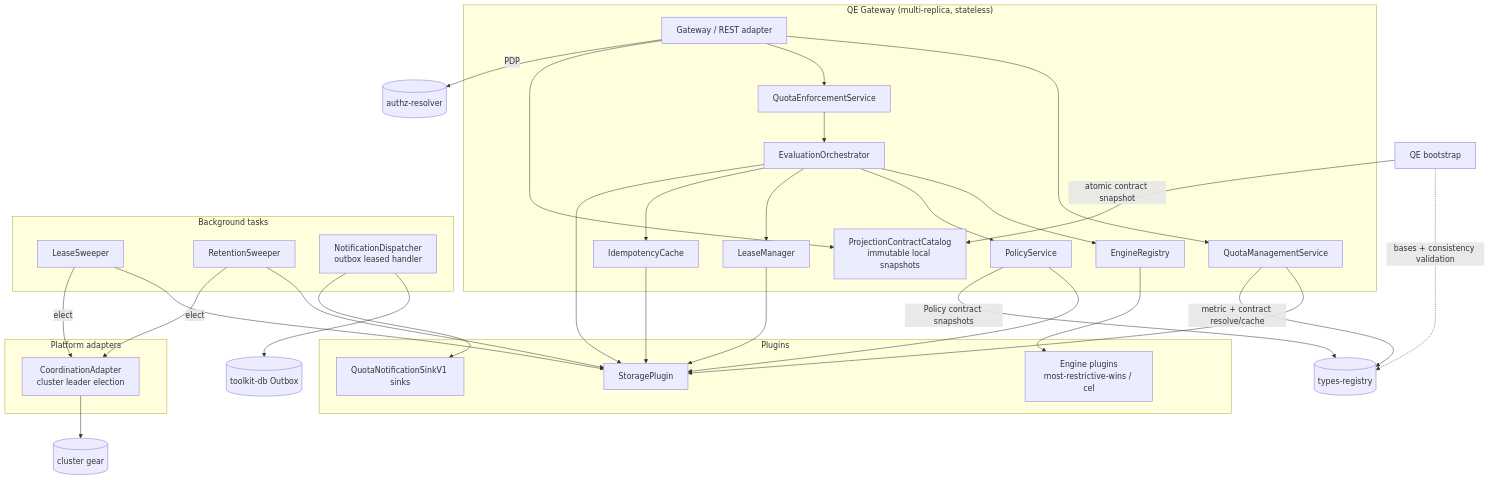
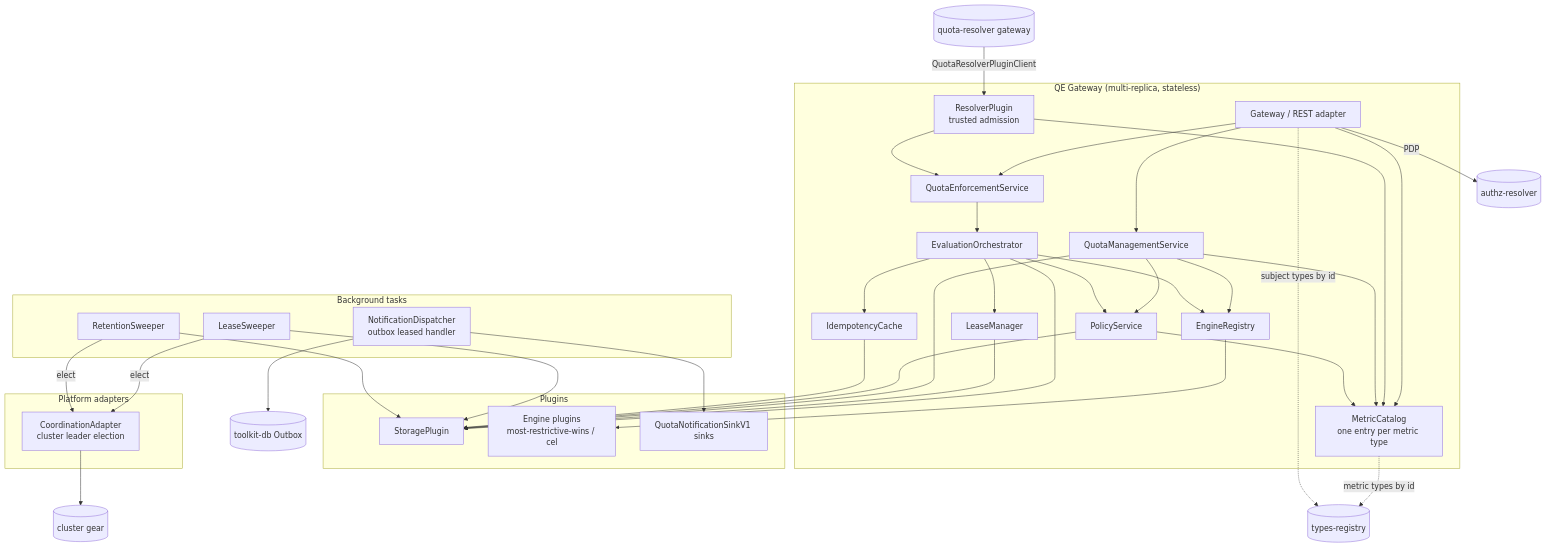
The third of 18 diagrams in gears/system/quota-enforcement/docs/DESIGN.md (constructorfabric/gears-rust), drawn with Mermaid before and after one commit. The commit also changed other lines of this file and 48 other files, not shown here.

````diff
--- a/gears/system/quota-enforcement/docs/DESIGN.md
+++ b/gears/system/quota-enforcement/docs/DESIGN.md
@@ -426,57 +473,63 @@
 ```mermaid
 graph TB
     subgraph "QE Gateway (multi-replica, stateless)"
         GW[Gateway / REST adapter]
         QMS[QuotaManagementService]
         QES[QuotaEnforcementService]
         EO[EvaluationOrchestrator]
         PS[PolicyService]
         ER[EngineRegistry]
         LM[LeaseManager]
         IC[IdempotencyCache]
-        PCC[ProjectionContractCatalog<br/>immutable local snapshots]
+        MC[MetricCatalog<br/>one entry per metric type]
+        RP[ResolverPlugin<br/>trusted admission]
         GW --> QMS
         GW --> QES
-        GW --> PCC
+        GW --> MC
+        RP --> QES
+        RP --> MC
+        QMS --> MC
+        QMS --> PS
+        QMS --> ER
+        PS --> MC
         QES --> EO
         EO --> ER
         EO --> PS
         EO --> LM
         EO --> IC
     end
 
     subgraph "Plugins"
         SP[StoragePlugin]
         Engines[Engine plugins<br/>most-restrictive-wins / cel]
         Notif[QuotaNotificationSinkV1 sinks]
     end
 
     subgraph "Platform adapters"
         CA[CoordinationAdapter<br/>cluster leader election]
     end
 
     subgraph "Background tasks"
         LS[LeaseSweeper]
         RS[RetentionSweeper]
         ND[NotificationDispatcher<br/>outbox leased handler]
     end
 
     EO --> SP
     LM --> SP
     QMS --> SP
     PS --> SP
     IC --> SP
     ER --> Engines
     LS --> SP
     RS --> SP
     ND --> Outbox2[(toolkit-db Outbox)]
     ND --> Notif
     LS -->|elect| CA
     RS -->|elect| CA
         GW -->|PDP| AuthzResolver[(authz-resolver)]
-    QMS -->|metric + contract resolve/cache| TR[(types-registry)]
-    PS -->|Policy contract snapshots| TR
-    GWBoot[QE bootstrap] -. bases + consistency validation .-> TR
-    GWBoot -->|atomic contract snapshot| PCC
+    QRG[(quota-resolver gateway)] -->|QuotaResolverPluginClient| RP
+    MC -. metric types by id .-> TR[(types-registry)]
+    GW -. subject types by id .-> TR
     CA --> Cluster[(cluster gear)]
 ```
````
